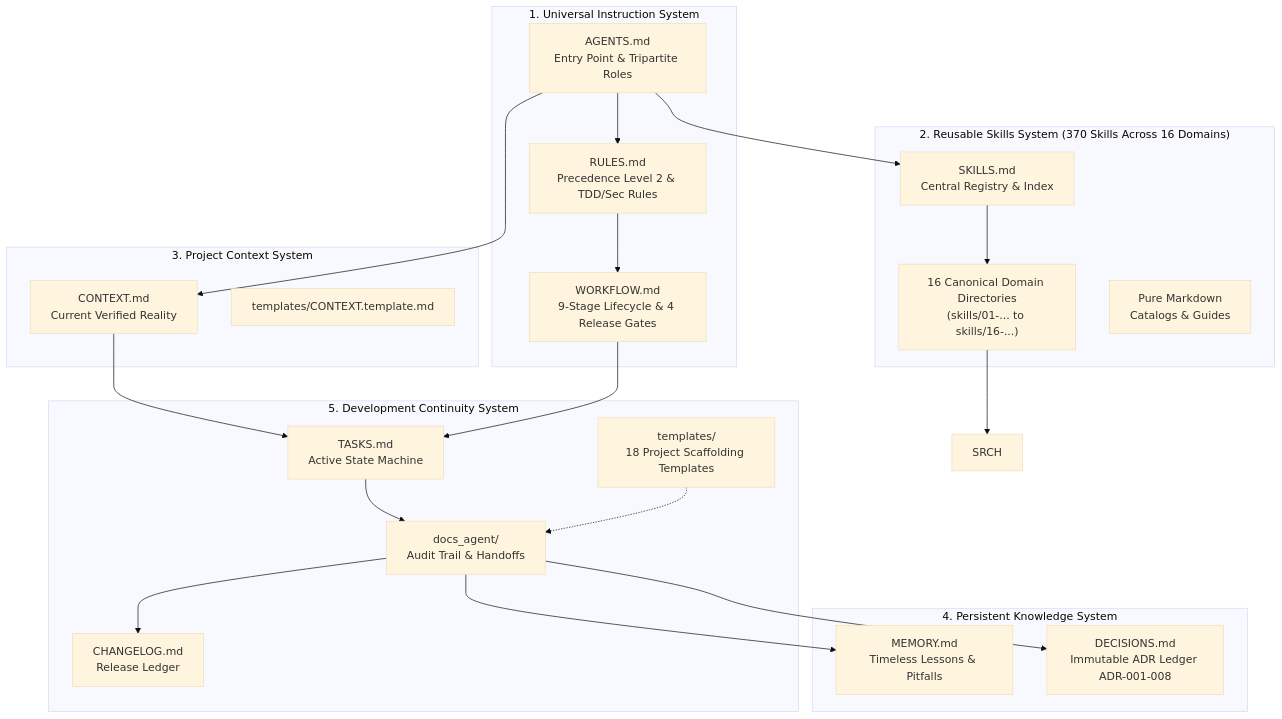
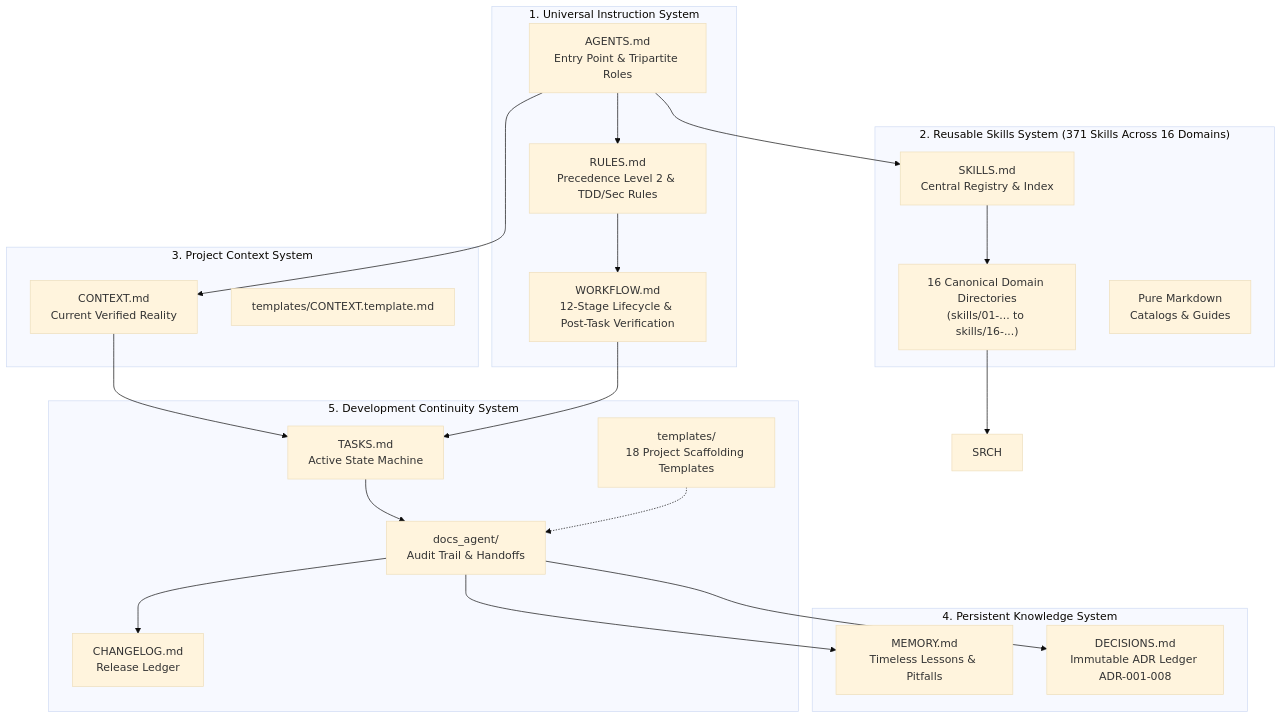
Before and after one commit to Script-By-Lin/Universal-Markdown-Skills-Framework: the diagram in README.md, drawn with Mermaid (base theme). The commit also changed other lines of this file and 13 other files, not shown here.

````diff
--- a/README.md
+++ b/README.md
@@ -41,45 +41,45 @@
 ```mermaid
 flowchart TD
     subgraph S1["1. Universal Instruction System"]
         AG[AGENTS.md\nEntry Point & Tripartite Roles]
         RL[RULES.md\nPrecedence Level 2 & TDD/Sec Rules]
-        WF[WORKFLOW.md\n9-Stage Lifecycle & 4 Release Gates]
+        WF[WORKFLOW.md\n12-Stage Lifecycle & Post-Task Verification]
     end
 
-    subgraph S2["2. Reusable Skills System (370 Skills Across 16 Domains)"]
+    subgraph S2["2. Reusable Skills System (371 Skills Across 16 Domains)"]
         SKR[SKILLS.md\nCentral Registry & Index]
         DOMS["16 Canonical Domain Directories\n(skills/01-... to skills/16-...)"]
         REF[Pure Markdown\nCatalogs & Guides]
     end
 
     subgraph S3["3. Project Context System"]
         CX[CONTEXT.md\nCurrent Verified Reality]
         CXT[templates/CONTEXT.template.md]
     end
 
     subgraph S4["4. Persistent Knowledge System"]
         MEM[MEMORY.md\nTimeless Lessons & Pitfalls]
         DEC[DECISIONS.md\nImmutable ADR Ledger ADR-001-008]
     end
 
     subgraph S5["5. Development Continuity System"]
         TSK[TASKS.md\nActive State Machine]
         CHG[CHANGELOG.md\nRelease Ledger]
         DOC[docs_agent/\nAudit Trail & Handoffs]
         TPL[templates/\n18 Project Scaffolding Templates]
     end
 
     AG --> RL
     AG --> CX
     AG --> SKR
     SKR --> DOMS
     DOMS --> SRCH
     RL --> WF
     CX --> TSK
     WF --> TSK
     TSK --> DOC
     DOC --> MEM
     DOC --> DEC
     DOC --> CHG
     TPL -.-> DOC
 ```
````
